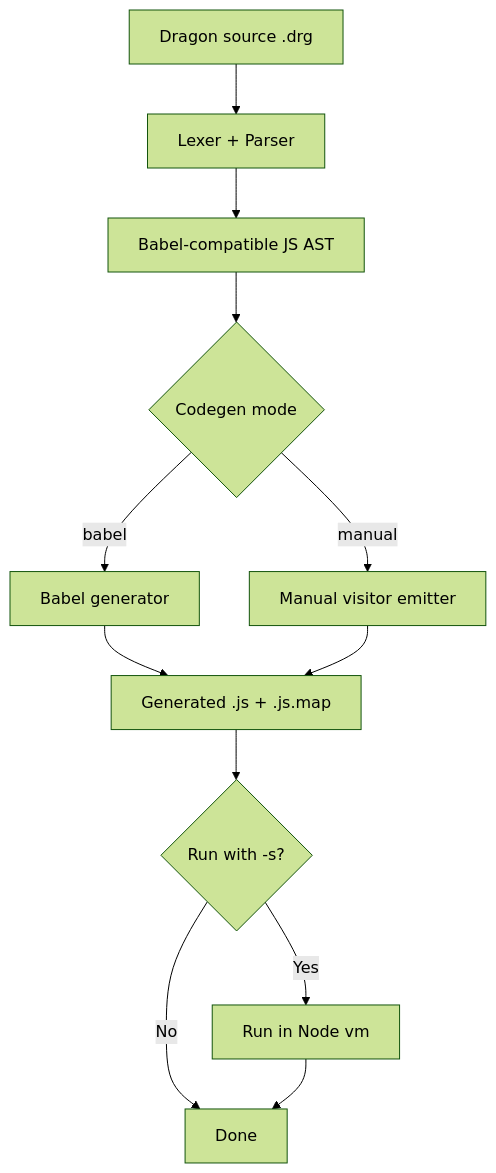
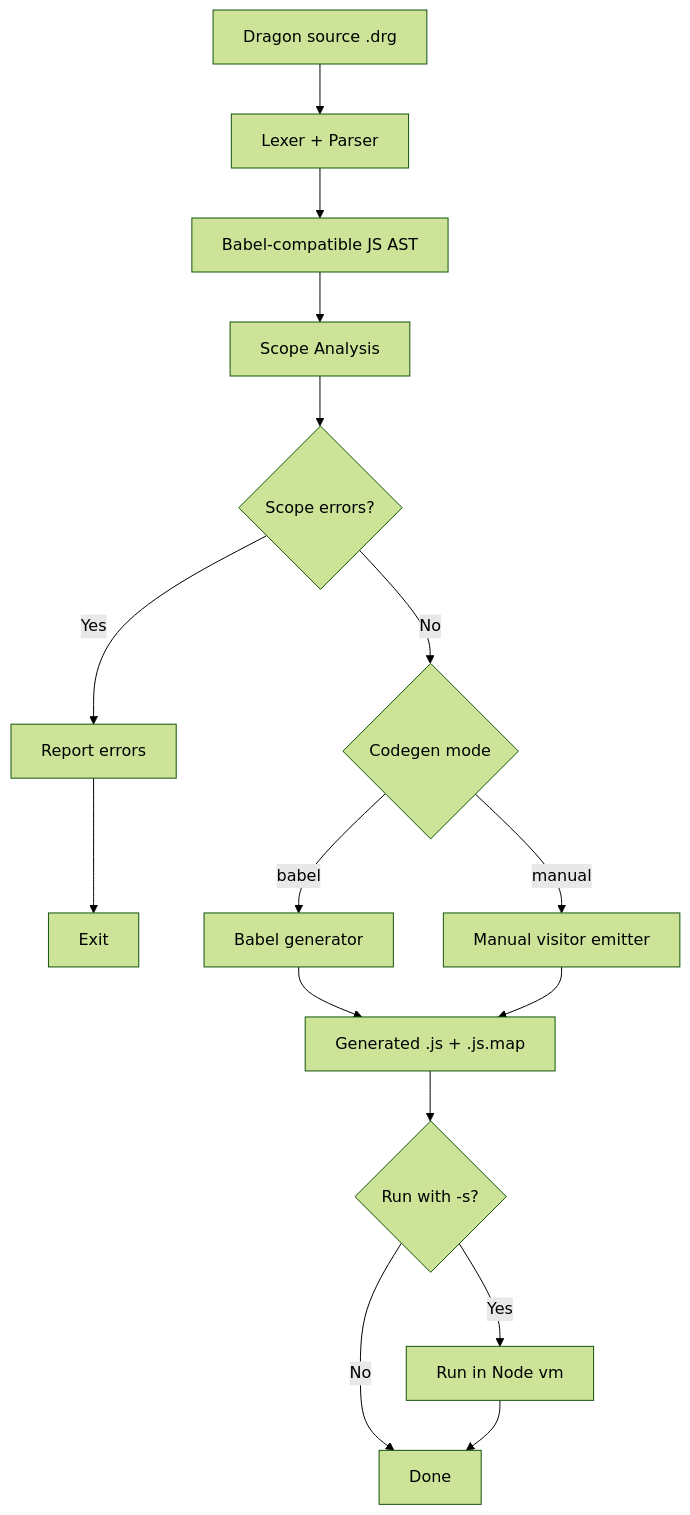
One commit to ULL-ESIT-PL-2526/competenciales-public-template changed the diagram in README.md. Above: the diagram before and after it, drawn with Mermaid (forest theme). The commit also changed other lines of this file and 42 other files, not shown here.

````diff
--- a/README.md
+++ b/README.md
@@ -19,14 +20,18 @@
 ```mermaid
 flowchart TD
   A[Dragon source .drg] --> B[Lexer + Parser]
   B --> C[Babel-compatible JS AST]
-  C --> D{Codegen mode}
-  D -->|babel| E[Babel generator]
-  D -->|manual| F[Manual visitor emitter]
-  E --> G[Generated .js + .js.map]
-  F --> G
-  G --> H{Run with -s?}
-  H -- No --> I[Done]
-  H -- Yes --> J[Run in Node vm]
-  J --> I
+  C --> D[Scope Analysis]
+  D --> E{Scope errors?}
+  E -->|Yes| F[Report errors]
+  F --> G[Exit]
+  E -->|No| H{Codegen mode}
+  H -->|babel| I[Babel generator]
+  H -->|manual| J[Manual visitor emitter]
+  I --> K[Generated .js + .js.map]
+  J --> K
+  K --> L{Run with -s?}
+  L -- No --> M[Done]
+  L -- Yes --> N[Run in Node vm]
+  N --> M
 ```
````
